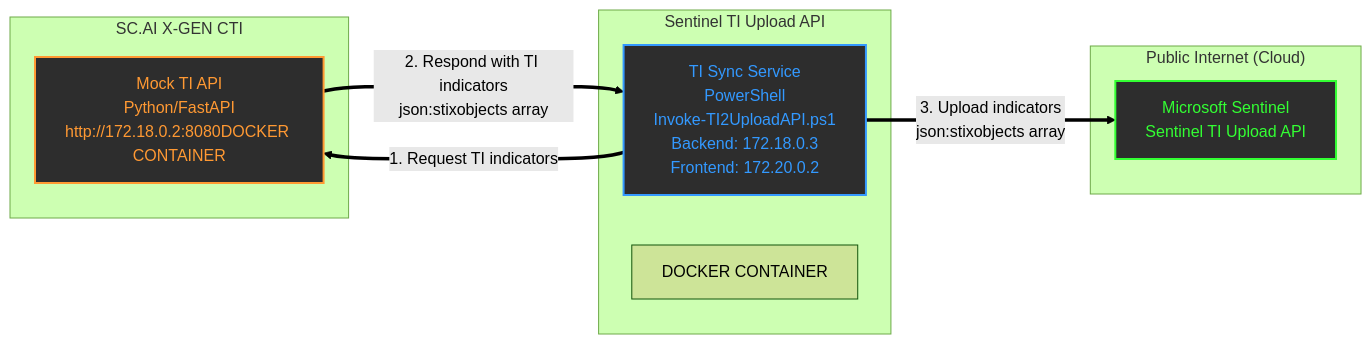
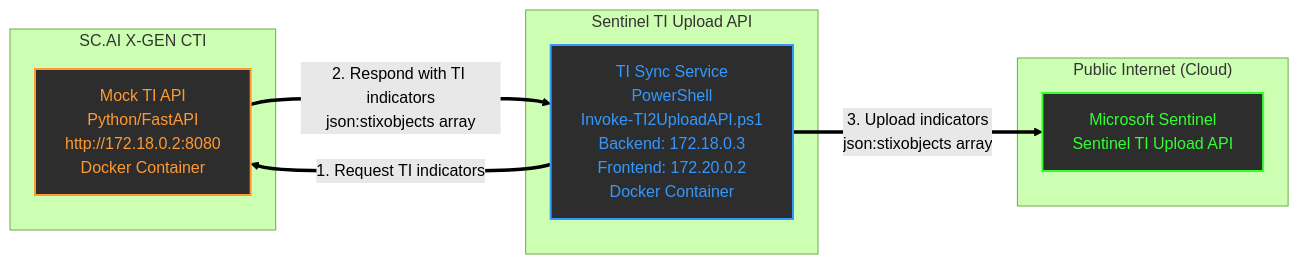
One commit to dcodev1702/Sentinel-TI-Upload-with-Mock-TI-API changed the diagram in README.md. Above: the diagram before and after it, drawn with Mermaid (forest theme).

Commit message:
Fix formatting in README.md for Docker container info

````diff
--- a/README.md
+++ b/README.md
@@ -6,23 +6,22 @@
 ```mermaid
 graph LR
     subgraph "SC.AI X-GEN CTI"
-        A[Mock TI API<br/>Python/FastAPI<br/>http://172.18.0.2:8080DOCKER CONTAINER]
+        A[Mock TI API<br/>Python/FastAPI<br/>http://172.18.0.2:8080<br/>Docker Container]
     end
     
     subgraph "Sentinel TI Upload API"
-        B[TI Sync Service<br/>PowerShell<br/>Invoke-TI2UploadAPI.ps1<br/>Backend: 172.18.0.3<br/>Frontend: 172.20.0.2]
-        B1[DOCKER CONTAINER]
+        B[TI Sync Service<br/>PowerShell<br/>Invoke-TI2UploadAPI.ps1<br/>Backend: 172.18.0.3<br/>Frontend: 172.20.0.2<br/>Docker Container]
     end
     
     subgraph "Public Internet (Cloud)"
         C[Microsoft Sentinel<br/>Sentinel TI Upload API]
     end
 
     A ==>|2. Respond with TI indicators<br/>json:stixobjects array| B
     B ==>|1. Request TI indicators| A
     B ==>|3. Upload indicators<br/>json:stixobjects array| C
     
     style A fill:#2d2d2d,stroke:#ff9933,stroke-width:2px,color:#ff9933
     style B fill:#2d2d2d,stroke:#3399ff,stroke-width:2px,color:#3399ff
     style C fill:#2d2d2d,stroke:#33ff33,stroke-width:2px,color:#33ff33
 ```
````
